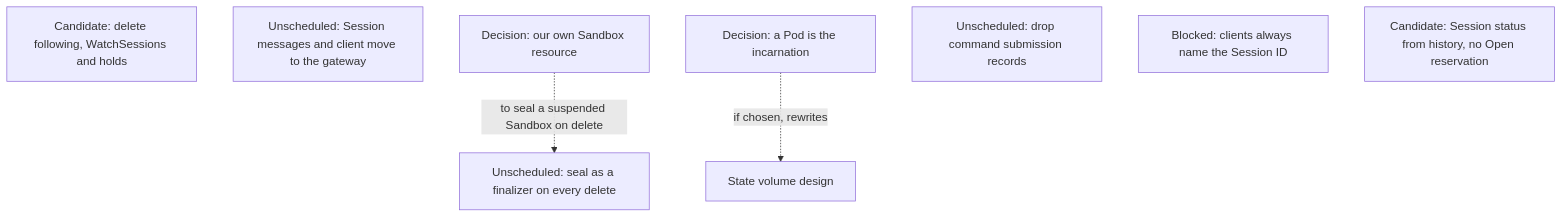
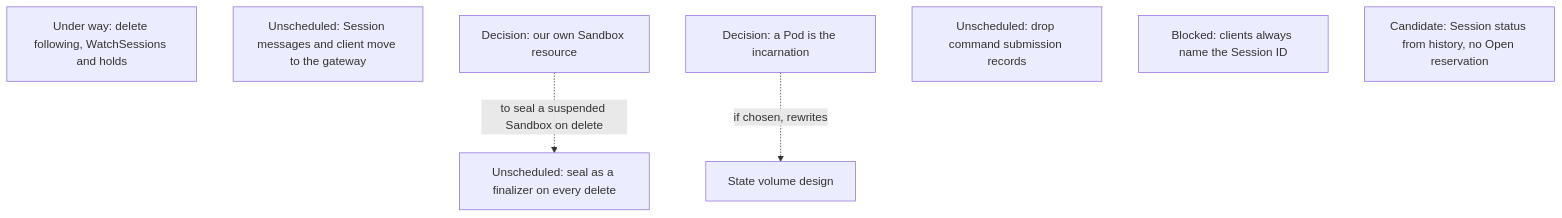
Diagram 12 of 13 in agentplane/plans/task_dag.md (agentydragon/ducktape), drawn with Mermaid before and after one commit. The commit also changed other lines of this file and 23 other files, not shown here.

First line of the commit message:
agentplane/history_service: stop following Sessions

````diff
--- a/agentplane/plans/task_dag.md
+++ b/agentplane/plans/task_dag.md
@@ -845,13 +845,13 @@
 ```mermaid
 flowchart TD
-    FOLLOW_PATH_RETIRE[Candidate: delete following, WatchSessions and holds]
+    FOLLOW_PATH_RETIRE[Under way: delete following, WatchSessions and holds]
     GATEWAY_CLIENT_SPLIT[Unscheduled: Session messages and client move to the gateway]
     AGENTPLANE_SANDBOX_RESOURCE[Decision: our own Sandbox resource]
     POD_INCARNATION[Decision: a Pod is the incarnation]
     SEAL_FINALIZER[Unscheduled: seal as a finalizer on every delete]
     COMMAND_RECORDS_RETIRE[Unscheduled: drop command submission records]
     SESSION_ID_MINT_RETIRE[Blocked: clients always name the Session ID]
     LOOKUP_SESSION_RETIRE[Candidate: Session status from history, no Open reservation]
     AGENTPLANE_SANDBOX_RESOURCE -. to seal a suspended Sandbox on delete .-> SEAL_FINALIZER
     POD_INCARNATION -. if chosen, rewrites .-> SESSION_STATE_VOLUME_DESIGN[State volume design]
 ```
````
